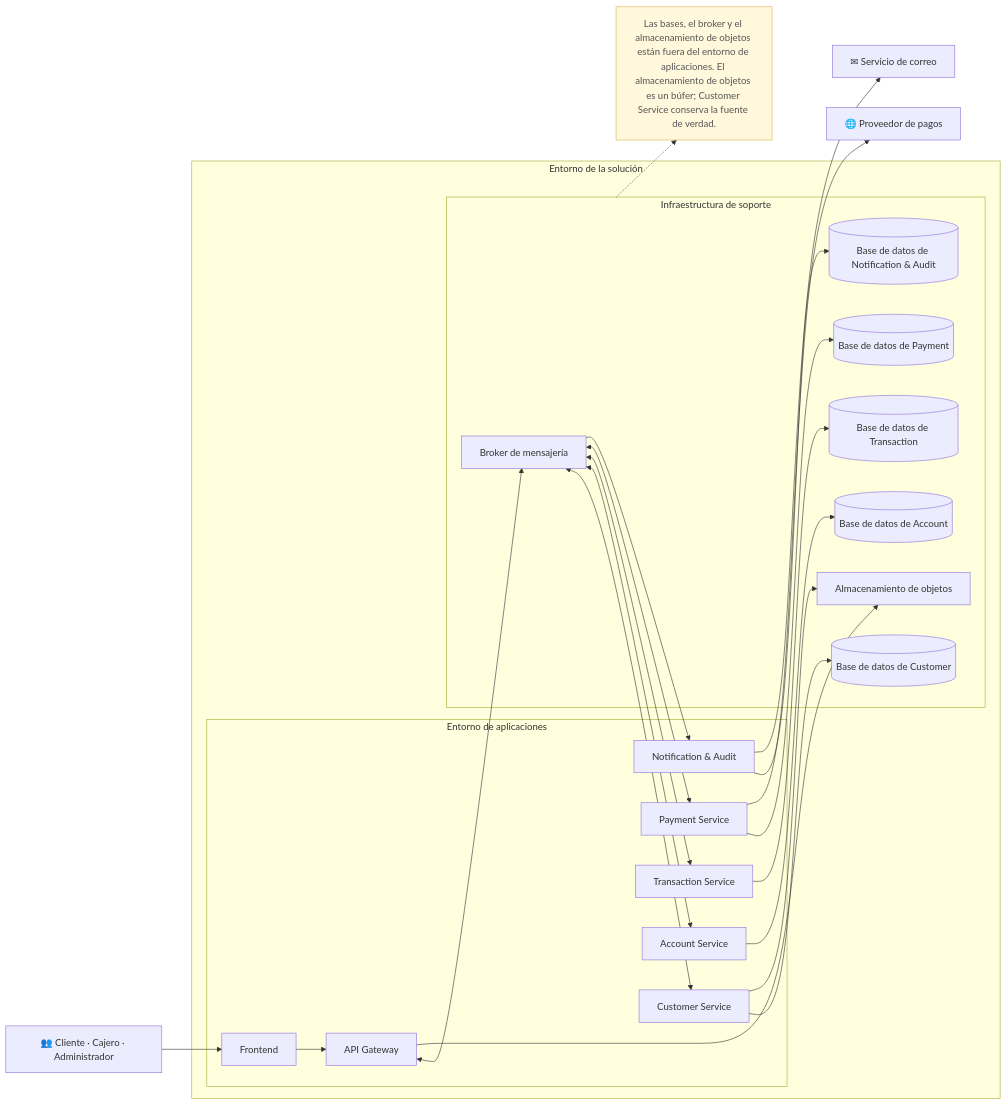
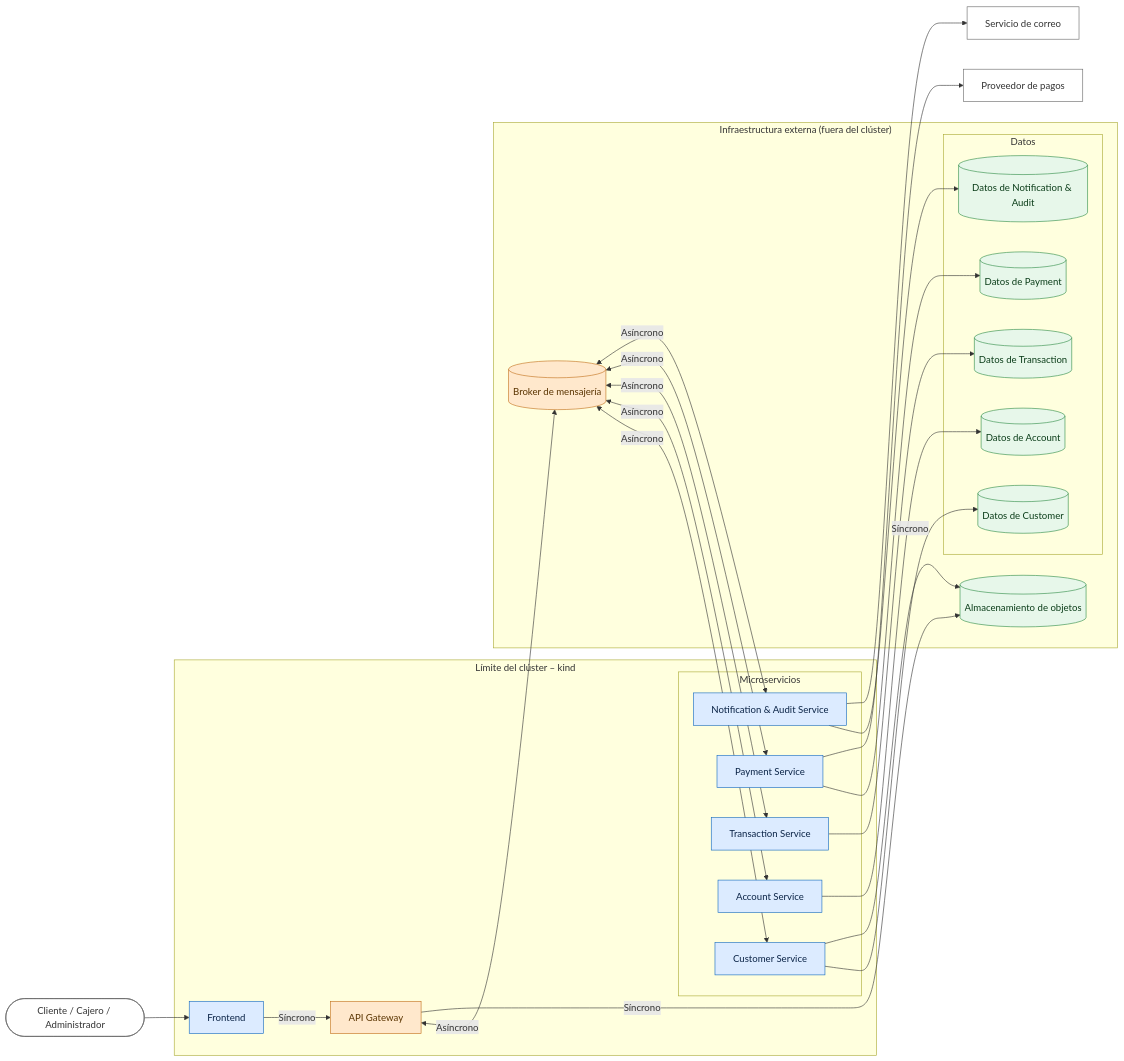
The diagram in docs/architecture/diagrams/01-arquitectura-general.mmd (marcosbondel/Proyecto-SA-B-2), drawn with Mermaid before and after one commit. The commit also changed 3 other files, not shown here.

First line of the commit message:
docs(architecture): redraw T-07 without cluster mislabeling or component notation

```diff
--- a/docs/architecture/diagrams/01-arquitectura-general.mmd
+++ b/docs/architecture/diagrams/01-arquitectura-general.mmd
@@ -1,51 +1,58 @@
 flowchart LR
-    users["👥 Cliente · Cajero · Administrador"]
-    email["✉ Servicio de correo"]
-    provider["🌐 Proveedor de pagos"]
+    users(["Cliente / Cajero / Administrador"])
+    email["Servicio de correo"]
+    provider["Proveedor de pagos"]
 
-    subgraph solution["Entorno de la solución"]
-        subgraph applications["Entorno de aplicaciones"]
-            frontend["Frontend"]
-            gateway["API Gateway"]
+    subgraph cluster["Límite del clúster – kind"]
+        frontend["Frontend"]
+        gateway["API Gateway"]
+        subgraph micro["Microservicios"]
             customer["Customer Service"]
             account["Account Service"]
             transaction["Transaction Service"]
             payment["Payment Service"]
-            notification["Notification & Audit"]
+            notification["Notification & Audit Service"]
         end
+    end
 
-        subgraph support["Infraestructura de soporte"]
-            broker["Broker de mensajería"]
-            customerDb[("Base de datos de Customer")]
-            accountDb[("Base de datos de Account")]
-            transactionDb[("Base de datos de Transaction")]
-            paymentDb[("Base de datos de Payment")]
-            notificationDb[("Base de datos de Notification & Audit")]
-            objectStore["Almacenamiento de objetos"]
+    subgraph external["Infraestructura externa (fuera del clúster)"]
+        broker[("Broker de mensajería")]
+        minio[("Almacenamiento de objetos")]
+        subgraph datos["Datos"]
+            customerDb[("Datos de Customer")]
+            accountDb[("Datos de Account")]
+            transactionDb[("Datos de Transaction")]
+            paymentDb[("Datos de Payment")]
+            notificationDb[("Datos de Notification & Audit")]
         end
     end
 
     users --> frontend
-    frontend --> gateway
-    gateway <--> broker
-    broker <--> customer
-    broker <--> account
-    broker <--> transaction
-    broker <--> payment
-    broker --> notification
+    frontend -->|Síncrono| gateway
+    gateway <-->|Asíncrono| broker
+    broker <-->|Asíncrono| customer
+    broker <-->|Asíncrono| account
+    broker <-->|Asíncrono| transaction
+    broker <-->|Asíncrono| payment
+    broker <-->|Asíncrono| notification
 
     customer --> customerDb
     account --> accountDb
     transaction --> transactionDb
     payment --> paymentDb
     notification --> notificationDb
 
-    gateway --> objectStore
-    customer --> objectStore
+    gateway -->|Síncrono| minio
+    customer -->|Síncrono| minio
     notification --> email
     payment --> provider
 
-    note["Las bases, el broker y el almacenamiento de objetos están fuera del entorno de aplicaciones. El almacenamiento de objetos es un búfer; Customer Service conserva la fuente de verdad."]:::note
-    support -.-> note
+    classDef service fill:#DCEBFF,stroke:#1168BD,color:#0B2447;
+    classDef gatewayNode fill:#FFE8CC,stroke:#C1701A,color:#5A3400;
+    classDef db fill:#E7F7EA,stroke:#2E8B45,color:#0B3D19;
+    classDef ext fill:#FFFFFF,stroke:#666666,color:#333333;
 
-    classDef note fill:#FFF8DC,stroke:#D6B656,color:#555555;
+    class frontend,customer,account,transaction,payment,notification service;
+    class gateway,broker gatewayNode;
+    class customerDb,accountDb,transactionDb,paymentDb,notificationDb,minio db;
+    class users,email,provider ext;
```
